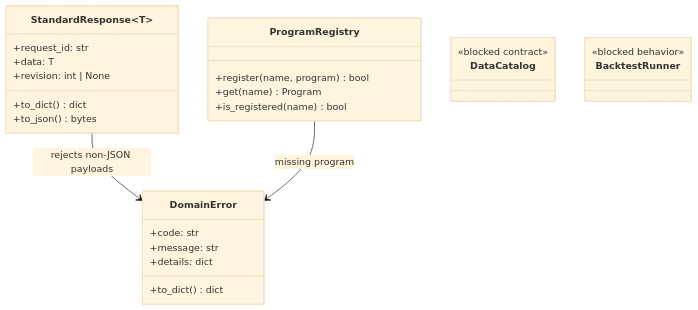
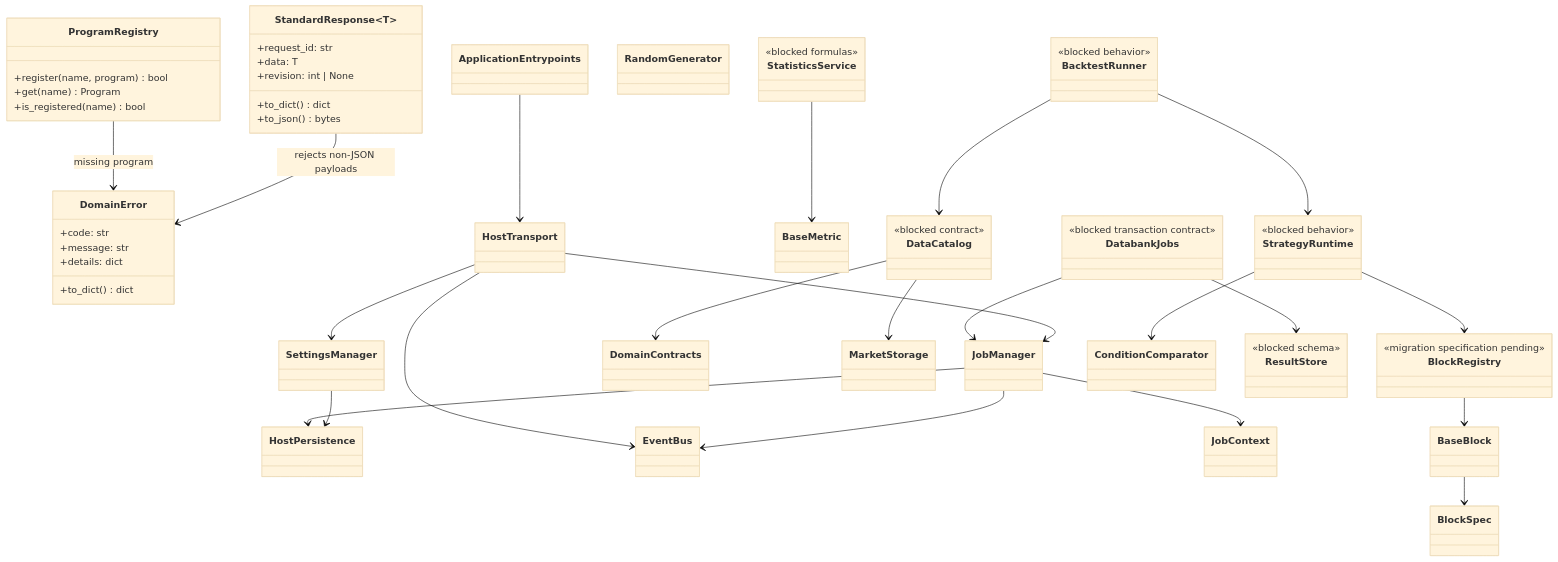
The diagram in docs/dev/full-reimplementation/01-AppCore.md (haruperi/HaruQuantAI), drawn with Mermaid (base theme) before and after one commit. The commit also changed other lines of this file and 8 other files, not shown here.

Commit message:
refactor(core): move generic block configuration contracts

````diff
--- a/docs/dev/full-reimplementation/01-AppCore.md
+++ b/docs/dev/full-reimplementation/01-AppCore.md
@@ -3,29 +3,77 @@
 ```mermaid
 classDiagram
   class DomainError {
     +code: str
     +message: str
     +details: dict
     +to_dict() dict
   }
   class StandardResponse~T~ {
     +request_id: str
     +data: T
     +revision: int | None
     +to_dict() dict
     +to_json() bytes
   }
   class ProgramRegistry {
     +register(name, program) bool
     +get(name) Program
     +is_registered(name) bool
   }
   StandardResponse --> DomainError : rejects non-JSON payloads
   ProgramRegistry --> DomainError : missing program
+  class HostPersistence
+  class SettingsManager
+  class EventBus
+  class JobManager
+  class JobContext
+  class HostTransport
+  class ApplicationEntrypoints
+  class DomainContracts
+  class MarketStorage
+  class BlockSpec
+  class BaseBlock
+  class BlockRegistry {
+    <<migration specification pending>>
+  }
+  class ConditionComparator
+  class BaseMetric
+  class RandomGenerator
   class DataCatalog {
     <<blocked contract>>
+  }
+  class StrategyRuntime {
+    <<blocked behavior>>
   }
   class BacktestRunner {
     <<blocked behavior>>
   }
+  class StatisticsService {
+    <<blocked formulas>>
+  }
+  class ResultStore {
+    <<blocked schema>>
+  }
+  class DatabankJobs {
+    <<blocked transaction contract>>
+  }
+  SettingsManager --> HostPersistence
+  JobManager --> HostPersistence
+  JobManager --> EventBus
+  JobManager --> JobContext
+  HostTransport --> SettingsManager
+  HostTransport --> JobManager
+  HostTransport --> EventBus
+  ApplicationEntrypoints --> HostTransport
+  BaseBlock --> BlockSpec
+  BlockRegistry --> BaseBlock
+  DataCatalog --> MarketStorage
+  DataCatalog --> DomainContracts
+  StrategyRuntime --> BlockRegistry
+  StrategyRuntime --> ConditionComparator
+  BacktestRunner --> StrategyRuntime
+  BacktestRunner --> DataCatalog
+  StatisticsService --> BaseMetric
+  DatabankJobs --> JobManager
+  DatabankJobs --> ResultStore
 ```
````
